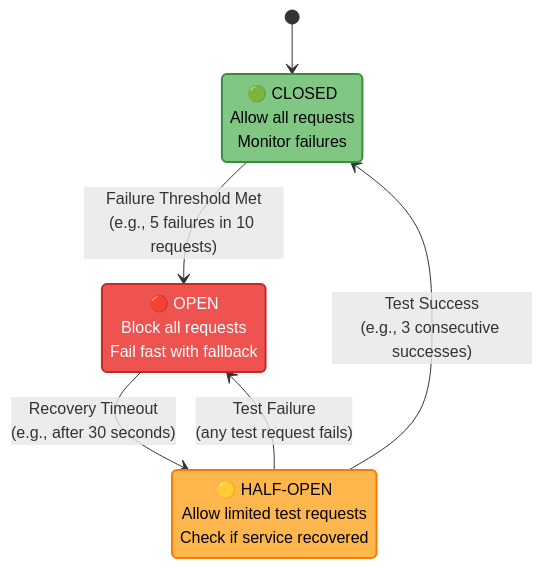
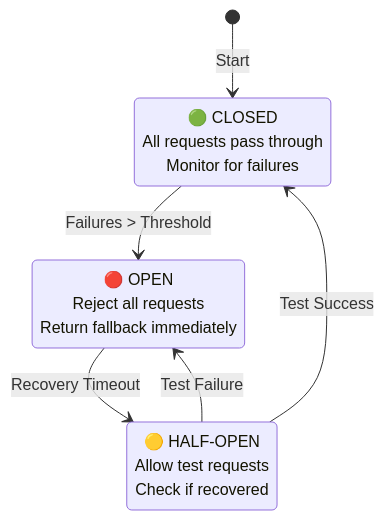
Before and after one commit to deepaucksharma/DStudio: the first of 6 diagrams in docs/pattern-library/resilience/circuit-breaker.md, drawn with Mermaid. The commit also changed other lines of this file and 64 other files, not shown here.

````diff
--- a/docs/pattern-library/resilience/circuit-breaker.md
+++ b/docs/pattern-library/resilience/circuit-breaker.md
@@ -128,20 +90,12 @@
 ```mermaid
 stateDiagram-v2
-    [*] --> Closed
-    Closed --> Open: Failure Threshold Met<br/>(e.g., 5 failures in 10 requests)
-    Open --> HalfOpen: Recovery Timeout<br/>(e.g., after 30 seconds)
-    HalfOpen --> Closed: Test Success<br/>(e.g., 3 consecutive successes)
-    HalfOpen --> Open: Test Failure<br/>(any test request fails)
+    [*] --> Closed: Start
+    Closed --> Open: Failures > Threshold
+    Open --> HalfOpen: Recovery Timeout
+    HalfOpen --> Closed: Test Success
+    HalfOpen --> Open: Test Failure
     
-    Closed: 🟢 CLOSED<br/>Allow all requests<br/>Monitor failures
-    Open: 🔴 OPEN<br/>Block all requests<br/>Fail fast with fallback
-    HalfOpen: 🟡 HALF-OPEN<br/>Allow limited test requests<br/>Check if service recovered
-    
-    classDef closedState fill:#81c784,stroke:#388e3c,stroke-width:2px,color:#000
-    classDef openState fill:#ef5350,stroke:#c62828,stroke-width:2px,color:#fff
-    classDef halfOpenState fill:#ffb74d,stroke:#f57c00,stroke-width:2px,color:#000
-    
-    class Closed closedState
-    class Open openState
-    class HalfOpen halfOpenState
+    Closed: 🟢 CLOSED<br/>All requests pass through<br/>Monitor for failures
+    Open: 🔴 OPEN<br/>Reject all requests<br/>Return fallback immediately
+    HalfOpen: 🟡 HALF-OPEN<br/>Allow test requests<br/>Check if recovered
 ```
````
